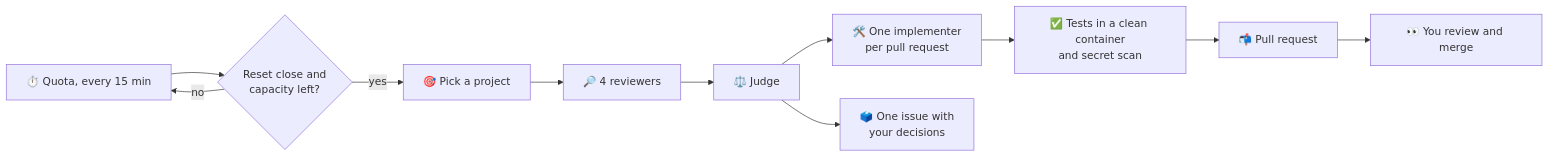
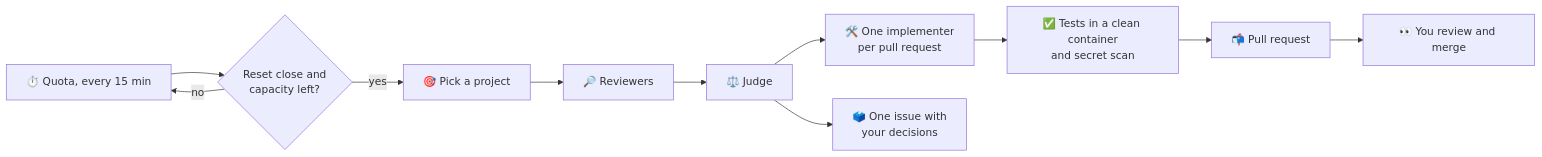
One commit to ne0x86/lastcall changed the diagram in README.md. Above: the diagram before and after it, drawn with Mermaid. The commit also changed other lines of this file and 11 other files, not shown here.

````diff
--- a/README.md
+++ b/README.md
@@ -41,11 +42,11 @@
 ```mermaid
 flowchart LR
   Q["⏱️ Quota, every 15 min"] --> B{"Reset close and<br/>capacity left?"}
   B -- no --> Q
   B -- yes --> P["🎯 Pick a project"]
-  P --> R["🔎 4 reviewers"] --> J["⚖️ Judge"]
+  P --> R["🔎 Reviewers"] --> J["⚖️ Judge"]
   J --> I["🛠️ One implementer<br/>per pull request"]
   I --> V["✅ Tests in a clean container<br/>and secret scan"] --> PR["📬 Pull request"]
   J --> D["🗳️ One issue with<br/>your decisions"]
   PR --> Y["👀 You review and merge"]
 ```
````
